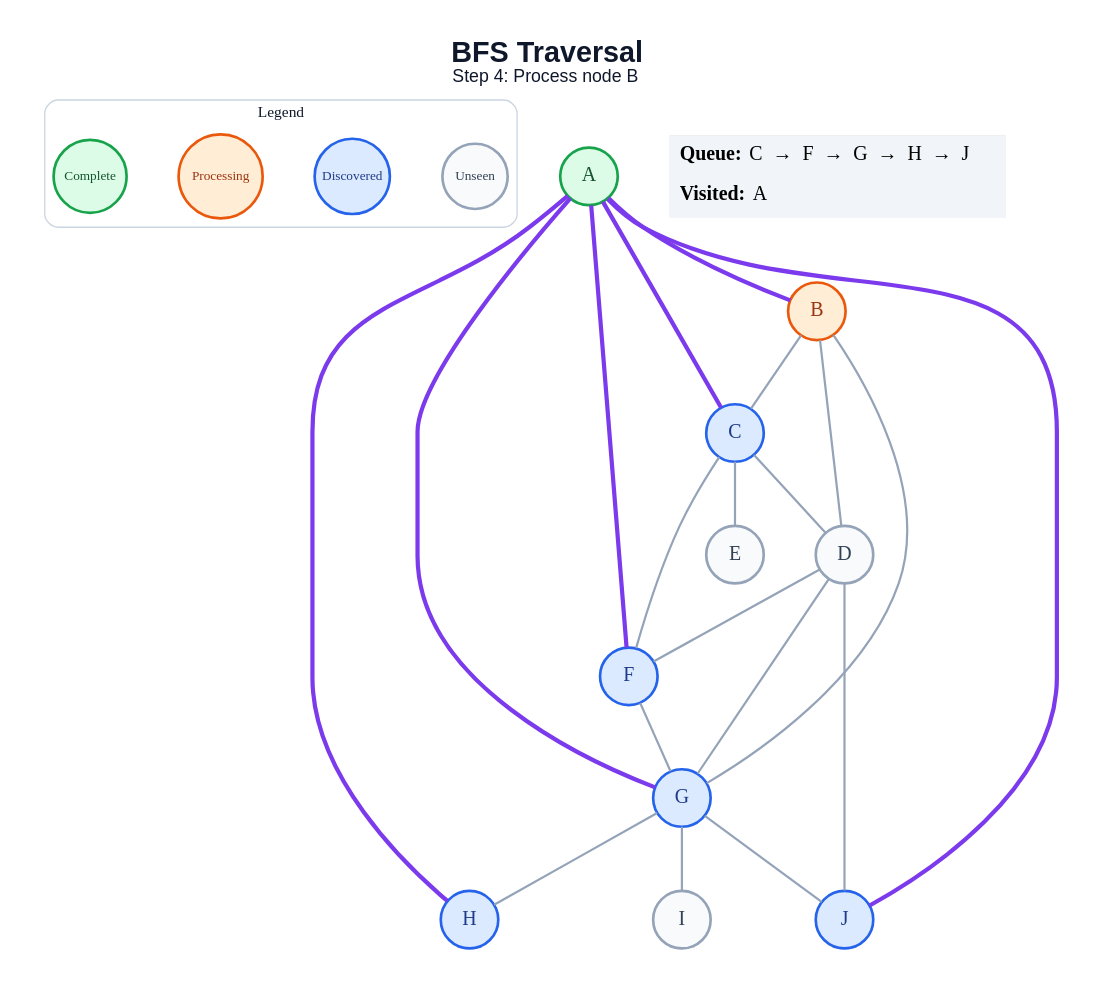
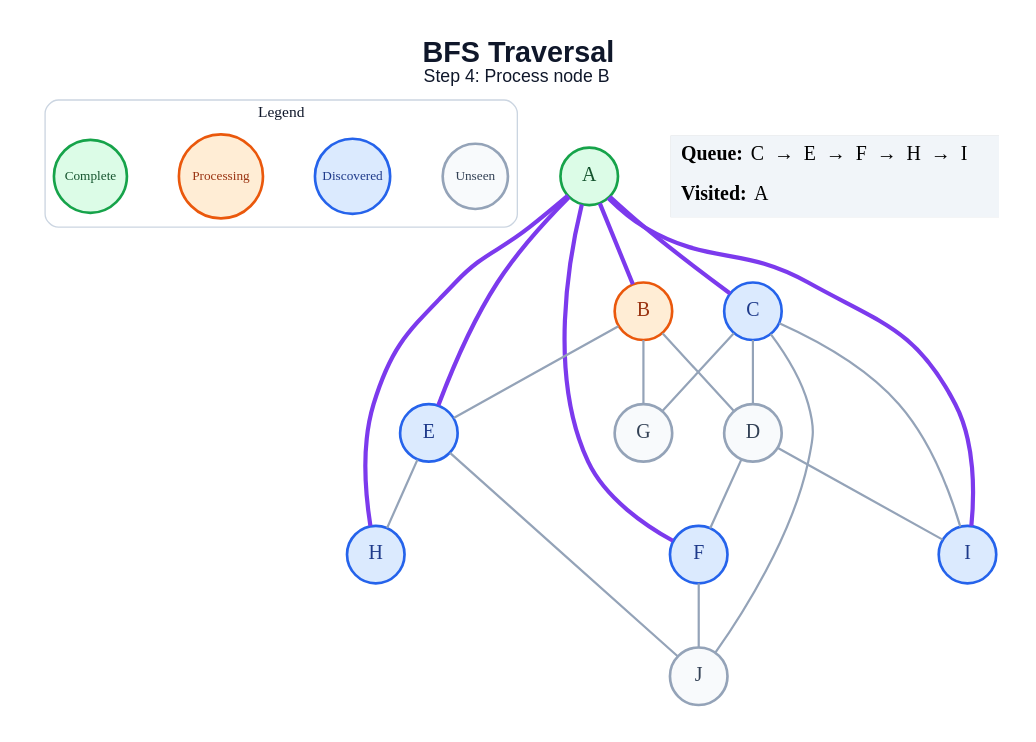
The diagram in generated/bfs/step_04.dot (amanghodawala9/ai-slop), drawn with Graphviz before and after one commit. The commit also changed 178 other files, not shown here.

```diff
--- a/generated/bfs/step_04.dot
+++ b/generated/bfs/step_04.dot
@@ -1,48 +1,47 @@
 graph traversal {
   graph [layout=dot, rankdir=TB, bgcolor="#FFFFFF", pad="0.35", nodesep="0.65", ranksep="0.8", fontname="Arial"];
   node [shape=circle, style="filled", fontname="Arial Bold", fontsize=18, width=0.72, fixedsize=true, penwidth=2.4];
   edge [color="#94A3B8", penwidth=2.0];
   label=<<B>BFS Traversal</B><BR/><FONT POINT-SIZE="16">Step 4: Process node B</FONT>>; labelloc="t"; fontsize=26; fontname="Arial"; fontcolor="#0F172A";
   subgraph cluster_legend { label="Legend"; color="#CBD5E1"; penwidth=1.2; style="rounded"; fontsize=14; fontname="Arial Bold";
     key_unseen [label="Unseen", fillcolor="#F8FAFC", color="#94A3B8", fontcolor="#334155", fontsize=12, width=0.82];
     key_frontier [label="Discovered", fillcolor="#DBEAFE", color="#2563EB", fontcolor="#1E3A8A", fontsize=12, width=0.95];
     key_current [label="Processing", fillcolor="#FFEDD5", color="#EA580C", fontcolor="#9A3412", fontsize=12, width=1.05];
     key_done [label="Complete", fillcolor="#DCFCE7", color="#16A34A", fontcolor="#14532D", fontsize=12, width=0.92];
     { rank=same; key_unseen; key_frontier; key_current; key_done; }
   }
   A [fillcolor="#DCFCE7", color="#16A34A", fontcolor="#14532D"];
   B [fillcolor="#FFEDD5", color="#EA580C", fontcolor="#9A3412"];
   C [fillcolor="#DBEAFE", color="#2563EB", fontcolor="#1E3A8A"];
   D [fillcolor="#F8FAFC", color="#94A3B8", fontcolor="#334155"];
-  E [fillcolor="#F8FAFC", color="#94A3B8", fontcolor="#334155"];
+  E [fillcolor="#DBEAFE", color="#2563EB", fontcolor="#1E3A8A"];
   F [fillcolor="#DBEAFE", color="#2563EB", fontcolor="#1E3A8A"];
-  G [fillcolor="#DBEAFE", color="#2563EB", fontcolor="#1E3A8A"];
+  G [fillcolor="#F8FAFC", color="#94A3B8", fontcolor="#334155"];
   H [fillcolor="#DBEAFE", color="#2563EB", fontcolor="#1E3A8A"];
-  I [fillcolor="#F8FAFC", color="#94A3B8", fontcolor="#334155"];
-  J [fillcolor="#DBEAFE", color="#2563EB", fontcolor="#1E3A8A"];
+  I [fillcolor="#DBEAFE", color="#2563EB", fontcolor="#1E3A8A"];
+  J [fillcolor="#F8FAFC", color="#94A3B8", fontcolor="#334155"];
   A -- B [color="#7C3AED", penwidth=3.8];
   A -- C [color="#7C3AED", penwidth=3.8];
+  A -- E [color="#7C3AED", penwidth=3.8];
   A -- F [color="#7C3AED", penwidth=3.8];
-  A -- G [color="#7C3AED", penwidth=3.8];
   A -- H [color="#7C3AED", penwidth=3.8];
-  A -- J [color="#7C3AED", penwidth=3.8];
-  B -- C;
+  A -- I [color="#7C3AED", penwidth=3.8];
   B -- D;
+  B -- E;
   B -- G;
   C -- D;
-  C -- E;
-  C -- F;
+  C -- G;
+  C -- I;
+  C -- J;
   D -- F;
-  D -- G;
-  D -- J;
-  F -- G;
-  G -- H;
-  G -- I;
-  G -- J;
+  D -- I;
+  E -- H;
+  E -- J;
+  F -- J;
   status [shape=plain, fixedsize=false, width=0, height=0, margin=0, label=<
     <TABLE BORDER="0" CELLBORDER="0" CELLPADDING="7" BGCOLOR="#F1F5F9">
-      <TR><TD ALIGN="LEFT"><B>Queue:</B> C  →  F  →  G  →  H  →  J</TD></TR>
+      <TR><TD ALIGN="LEFT"><B>Queue:</B> C  →  E  →  F  →  H  →  I</TD></TR>
       <TR><TD ALIGN="LEFT"><B>Visited:</B> A</TD></TR>
     </TABLE>
   >];
 }
```
